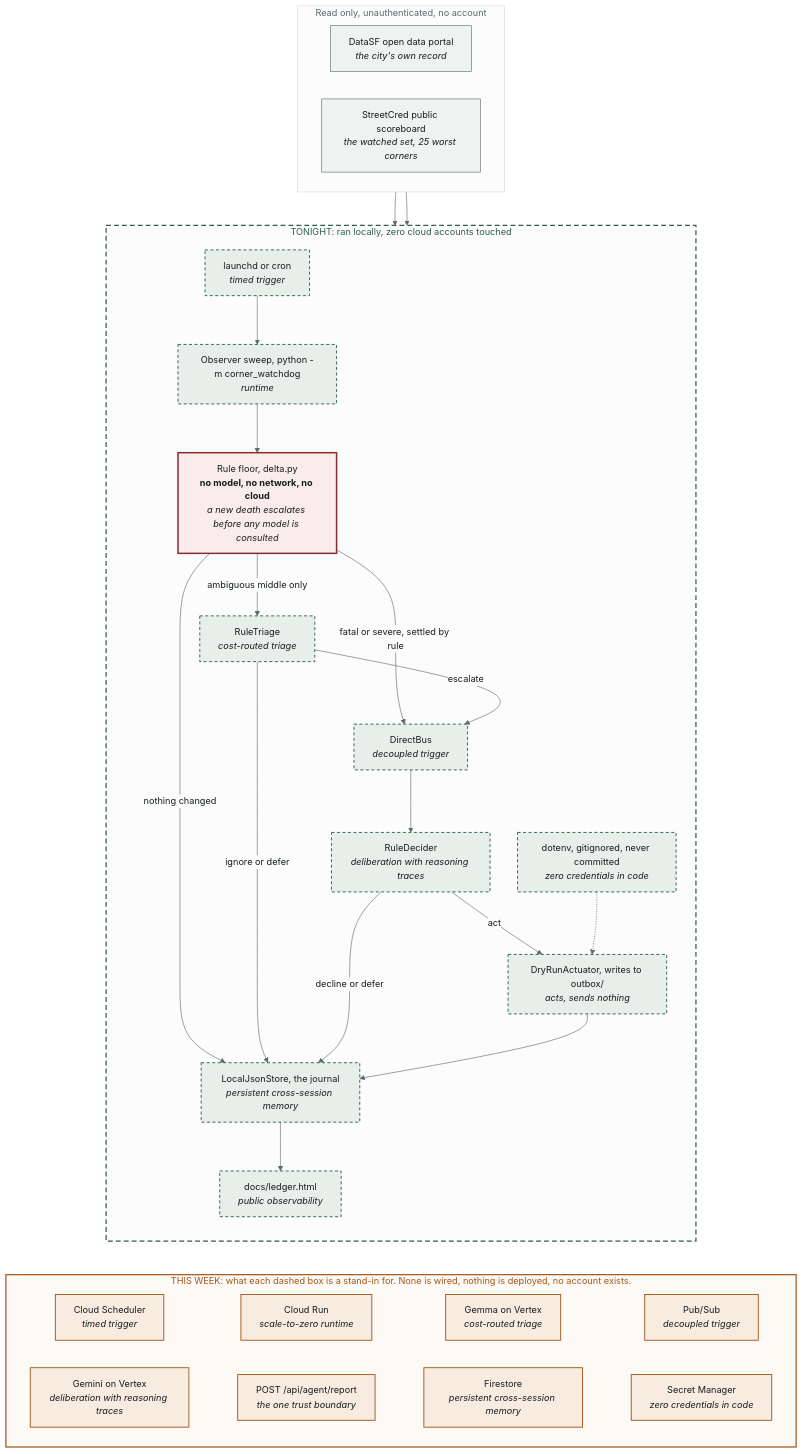
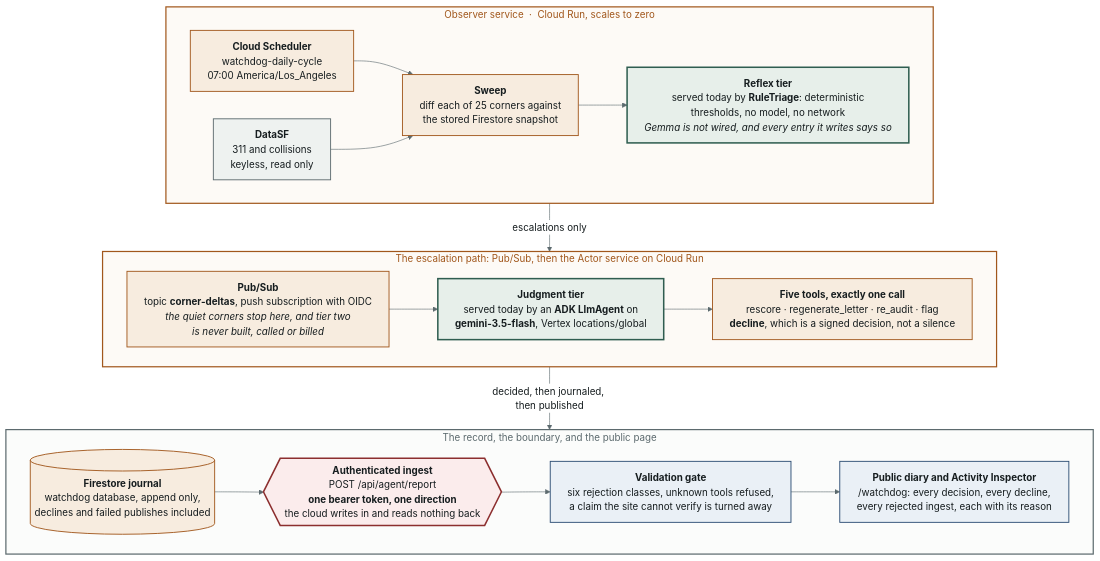
One commit to alejandro-publius/streetcred-watchdog changed the diagram in docs/architecture.mmd. Above: the diagram before and after it, drawn with Mermaid. The commit also changed 9 other files, not shown here.

```diff
--- a/docs/architecture.mmd
+++ b/docs/architecture.mmd
@@ -1,76 +1,57 @@
-%%{init: {"theme": "base", "themeVariables": {"fontFamily": "Public Sans, Helvetica, sans-serif", "fontSize": "15px", "lineColor": "#5c6a6e", "edgeLabelBackground": "#fbfcfb", "tertiaryColor": "#fbfcfb", "primaryTextColor": "#161d1f"}, "flowchart": {"curve": "basis", "nodeSpacing": 45, "rankSpacing": 55}}}%%
+%%{init: {"theme": "base", "themeVariables": {"fontFamily": "Public Sans, Helvetica, sans-serif", "fontSize": "16px", "lineColor": "#5c6a6e", "edgeLabelBackground": "#ffffff", "primaryTextColor": "#161d1f"}, "flowchart": {"curve": "basis", "nodeSpacing": 45, "rankSpacing": 55, "padding": 14, "wrappingWidth": 460, "htmlLabels": true, "useMaxWidth": false}}}%%
 flowchart TB
-%% The Corner Watchdog, two layers, honestly separated.
-%% Dashed green is what actually ran, on a laptop, with no cloud account touched.
-%% Solid amber is what each stand-in is a stand-in for. None of it is wired.
-%% Render: npx @mermaid-js/mermaid-cli -i docs/architecture.mmd -o docs/architecture.svg
+%% The Corner Watchdog, one cycle, as deployed. Eleven nodes.
+%% Every label says what serves that box today, not what is planned for it.
+%% Render: npx @mermaid-js/mermaid-cli -i docs/architecture.mmd -o docs/architecture.png -w 1920 -H 1080 -b white -s 2
+%% External edges attach to subgraph ids, never to inner nodes: mermaid drops a
+%% subgraph's own direction the moment an edge reaches past it to a child.
 
-    subgraph SOURCES["Read only, unauthenticated, no account"]
+    subgraph OBSERVER["Observer service &nbsp;&middot;&nbsp; Cloud Run, scales to zero"]
         direction LR
-        DATASF["DataSF open data portal<br/><i>the city's own record</i>"]
-        SCRED["StreetCred public scoreboard<br/><i>the watched set, 25 worst corners</i>"]
+        SCHED["<b>Cloud Scheduler</b><br/>watchdog-daily-cycle<br/>07:00 America/Los_Angeles"]
+        DATASF["<b>DataSF</b><br/>311 and collisions<br/>keyless, read only"]
+        SWEEP["<b>Sweep</b><br/>diff each of 25 corners against<br/>the stored Firestore snapshot"]
+        REFLEX["<b>Reflex tier</b><br/>served today by <b>RuleTriage</b>: deterministic<br/>thresholds, no model, no network<br/><i>Gemma is not wired, and every entry it writes says so</i>"]
+        SCHED --> SWEEP
+        DATASF --> SWEEP
+        SWEEP --> REFLEX
     end
 
-    subgraph TONIGHT["TONIGHT: ran locally, zero cloud accounts touched"]
-        direction TB
-        SCHED_L["launchd or cron<br/><i>timed trigger</i>"]
-        OBS_L["Observer sweep, python -m corner_watchdog<br/><i>runtime</i>"]
-        FLOOR["Rule floor, delta.py<br/><b>no model, no network, no cloud</b><br/><i>a new death escalates before any model is consulted</i>"]
-        TRIAGE_L["RuleTriage<br/><i>cost-routed triage</i>"]
-        BUS_L["DirectBus<br/><i>decoupled trigger</i>"]
-        DELIB_L["RuleDecider<br/><i>deliberation with reasoning traces</i>"]
-        ACT_L["DryRunActuator, writes to outbox/<br/><i>acts, sends nothing</i>"]
-        STORE_L["LocalJsonStore, the journal<br/><i>persistent cross-session memory</i>"]
-        LEDGER_L["docs/ledger.html<br/><i>public observability</i>"]
-        SEC_L["dotenv, gitignored, never committed<br/><i>zero credentials in code</i>"]
+    subgraph ACTOR["The escalation path: Pub/Sub, then the Actor service on Cloud Run"]
+        direction LR
+        PS["<b>Pub/Sub</b><br/>topic <b>corner-deltas</b>, push subscription with OIDC<br/><i>the quiet corners stop here, and tier two<br/>is never built, called or billed</i>"]
+        JUDGE["<b>Judgment tier</b><br/>served today by an <b>ADK LlmAgent</b> on<br/><b>gemini-3.5-flash</b>, Vertex locations/global"]
+        TOOLS["<b>Five tools, exactly one call</b><br/>rescore &middot; regenerate_letter &middot; re_audit &middot; flag<br/><b>decline</b>, which is a signed decision, not a silence"]
+        PS --> JUDGE
+        JUDGE --> TOOLS
     end
 
-    subgraph THISWEEK["THIS WEEK: what each dashed box is a stand-in for. None is wired, nothing is deployed, no account exists."]
+    subgraph PUBLISH["The record, the boundary, and the public page"]
         direction LR
-        SCHED_C["Cloud Scheduler<br/><i>timed trigger</i>"]
-        RUN_C["Cloud Run<br/><i>scale-to-zero runtime</i>"]
-        GEMMA_C["Gemma on Vertex<br/><i>cost-routed triage</i>"]
-        PS_C["Pub/Sub<br/><i>decoupled trigger</i>"]
-        GEMINI_C["Gemini on Vertex<br/><i>deliberation with reasoning traces</i>"]
-        POST_C["POST /api/agent/report<br/><i>the one trust boundary</i>"]
-        FS_C["Firestore<br/><i>persistent cross-session memory</i>"]
-        SM_C["Secret Manager<br/><i>zero credentials in code</i>"]
-        %% Invisible links only, to lay the inventory out in two rows rather
-        %% than one tall column. They carry no meaning: nothing in this layer
-        %% is connected to anything, which is the point of the layer.
-        SCHED_C ~~~ RUN_C ~~~ GEMMA_C ~~~ PS_C
-        GEMINI_C ~~~ POST_C ~~~ FS_C ~~~ SM_C
+        FS[("<b>Firestore journal</b><br/>watchdog database, append only,<br/>declines and failed publishes included")]
+        INGEST{{"<b>Authenticated ingest</b><br/>POST /api/agent/report<br/><b>one bearer token, one direction</b><br/>the cloud writes in and reads nothing back"}}
+        GATE["<b>Validation gate</b><br/>six rejection classes, unknown tools refused,<br/>a claim the site cannot verify is turned away"]
+        DIARY["<b>Public diary and Activity Inspector</b><br/>/watchdog: every decision, every decline,<br/>every rejected ingest, each with its reason"]
+        FS --> INGEST
+        INGEST --> GATE
+        GATE --> DIARY
     end
 
-    DATASF --> OBS_L
-    SCRED --> OBS_L
-    SCHED_L --> OBS_L
-    OBS_L --> FLOOR
-    FLOOR -->|"ambiguous middle only"| TRIAGE_L
-    FLOOR -->|"fatal or severe, settled by rule"| BUS_L
-    FLOOR -->|"nothing changed"| STORE_L
-    TRIAGE_L -->|"escalate"| BUS_L
-    TRIAGE_L -->|"ignore or defer"| STORE_L
-    BUS_L --> DELIB_L
-    DELIB_L -->|"act"| ACT_L
-    DELIB_L -->|"decline or defer"| STORE_L
-    ACT_L --> STORE_L
-    STORE_L --> LEDGER_L
-    SEC_L -.-> ACT_L
+    OBSERVER -->|"escalations only"| ACTOR
+    ACTOR -->|"decided, then journaled, then published"| PUBLISH
 
-    %% Invisible, and only to rank the cloud inventory below the loop that runs.
-    LEDGER_L ~~~ SCHED_C
+    classDef source fill:#eef2f0,stroke:#5c6a6e,stroke-width:1.5px,color:#161d1f
+    classDef gcp fill:#f7ecdf,stroke:#a1571c,stroke-width:1.5px,color:#161d1f
+    classDef model fill:#e7efea,stroke:#2f5d50,stroke-width:2.5px,color:#161d1f
+    classDef boundary fill:#fbecec,stroke:#8c2f2f,stroke-width:2.5px,color:#161d1f
+    classDef edge fill:#eaf0f6,stroke:#2b4d73,stroke-width:1.5px,color:#161d1f
 
-    classDef source fill:#eef2f0,stroke:#5c6a6e,stroke-width:1px,color:#161d1f
-    classDef local fill:#e7efea,stroke:#2f5d50,stroke-width:1.5px,stroke-dasharray:5 4,color:#161d1f
-    classDef cloud fill:#f7ecdf,stroke:#a1571c,stroke-width:1.5px,color:#161d1f
-    classDef floorbox fill:#fbecec,stroke:#8c2f2f,stroke-width:2.5px,color:#161d1f
+    class DATASF source
+    class SCHED,PS,SWEEP,TOOLS,FS gcp
+    class REFLEX,JUDGE model
+    class INGEST boundary
+    class GATE,DIARY edge
 
-    class DATASF,SCRED source
-    class SCHED_L,OBS_L,TRIAGE_L,BUS_L,DELIB_L,ACT_L,STORE_L,LEDGER_L,SEC_L local
-    class SCHED_C,RUN_C,FS_C,PS_C,GEMMA_C,GEMINI_C,POST_C,SM_C cloud
-    class FLOOR floorbox
-
-    style SOURCES fill:#fbfcfb,stroke:#d5dbd7,stroke-width:1px,color:#5c6a6e
-    style TONIGHT fill:#fbfcfb,stroke:#2f5d50,stroke-width:2px,stroke-dasharray:8 5,color:#2f5d50
-    style THISWEEK fill:#fdfaf6,stroke:#a1571c,stroke-width:2px,color:#a1571c
+    style OBSERVER fill:#fdfaf6,stroke:#a1571c,stroke-width:2px,color:#a1571c
+    style ACTOR fill:#fdfaf6,stroke:#a1571c,stroke-width:2px,color:#a1571c
+    style PUBLISH fill:#fbfcfb,stroke:#5c6a6e,stroke-width:2px,color:#5c6a6e
```
